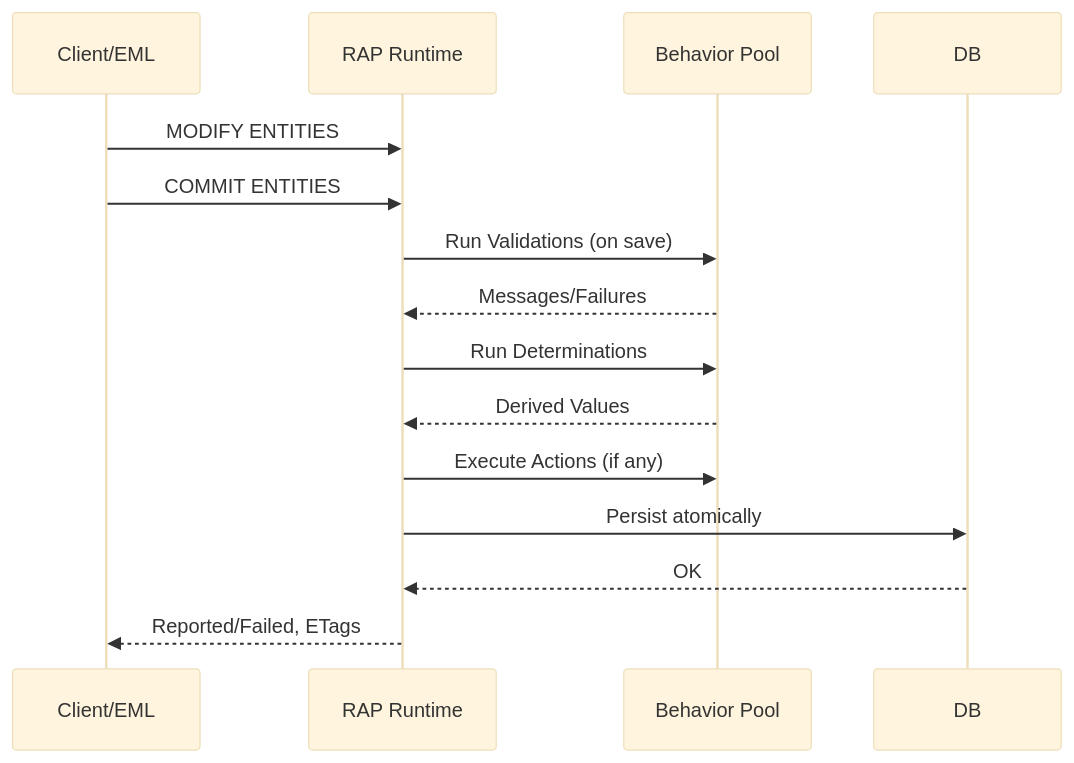
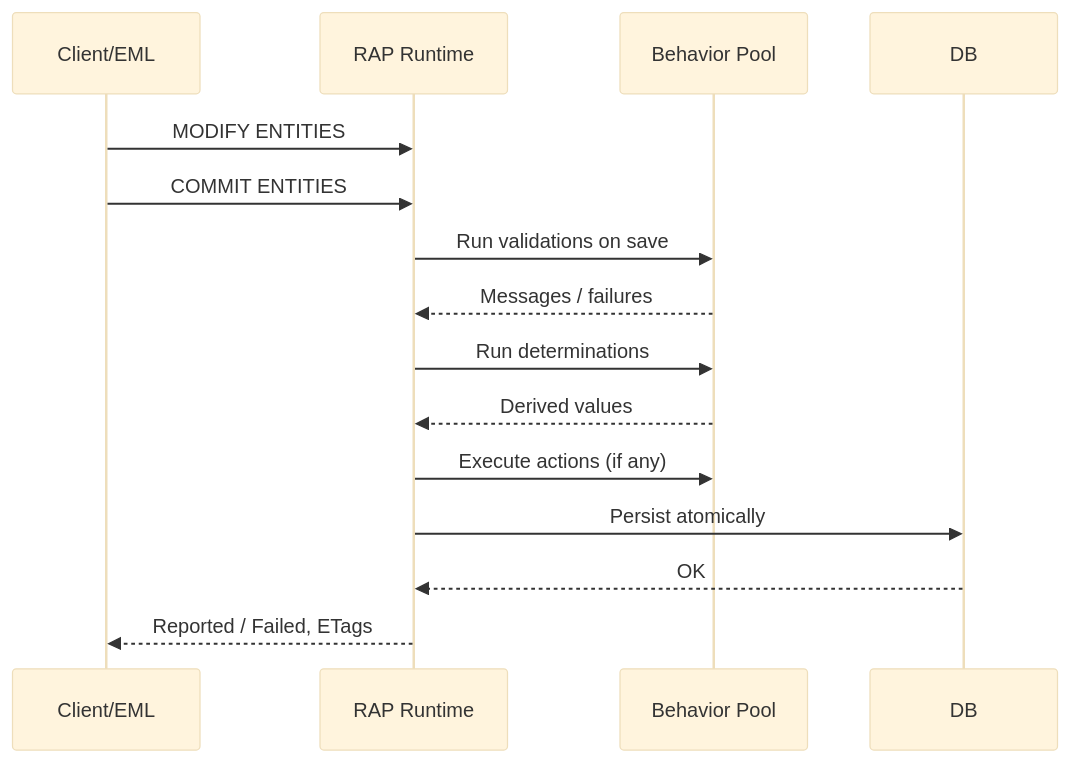
The second of 2 diagrams in RAP/RAP.md (michaelMattanza/AbapGuide), drawn with Mermaid (base theme) before and after one commit. The commit also changed other lines of this file, not shown here.

````diff
--- a/RAP/RAP.md
+++ b/RAP/RAP.md
@@ -80,18 +80,18 @@
 ```mermaid
 sequenceDiagram
   participant C as Client/EML
   participant R as RAP Runtime
   participant H as Behavior Pool
   participant DB as DB
 
   C->>R: MODIFY ENTITIES
   C->>R: COMMIT ENTITIES
-  R->>H: Run Validations (on save)
-  H-->>R: Messages/Failures
-  R->>H: Run Determinations
-  H-->>R: Derived Values
-  R->>H: Execute Actions (if any)
+  R->>H: Run validations on save
+  H-->>R: Messages / failures
+  R->>H: Run determinations
+  H-->>R: Derived values
+  R->>H: Execute actions (if any)
   R->>DB: Persist atomically
   DB-->>R: OK
-  R-->>C: Reported/Failed, ETags
+  R-->>C: Reported / Failed, ETags
 ```
````
